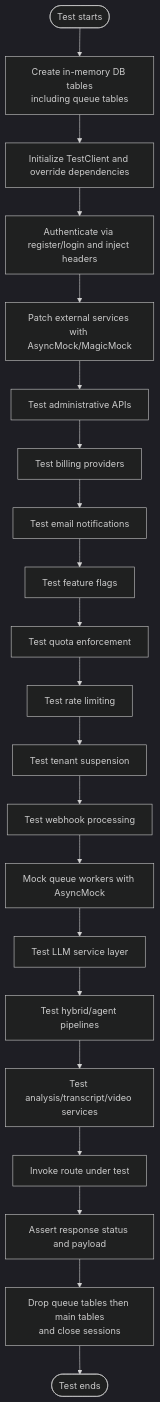
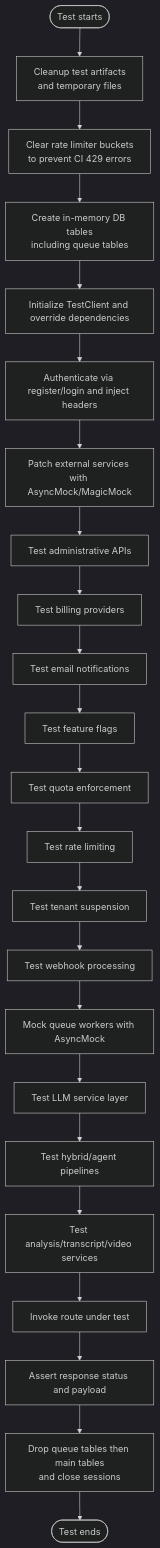
The third of 15 diagrams in .qoder/repowiki/en/content/Testing Strategy.md (Revanththetalogics/aireume), drawn with Mermaid (dark theme) before and after one commit. The commit also changed other lines of this file and 2 other files, not shown here.

````diff
--- a/.qoder/repowiki/en/content/Testing Strategy.md
+++ b/.qoder/repowiki/en/content/Testing Strategy.md
@@ -240,23 +216,25 @@
 ```mermaid
 flowchart TD
-Start(["Test starts"]) --> DB["Create in-memory DB tables<br/>including queue tables"]
+Start(["Test starts"]) --> Cleanup["Cleanup test artifacts<br/>and temporary files"]
+Cleanup --> RLClear["Clear rate limiter buckets<br/>to prevent CI 429 errors"]
+RLClear --> DB["Create in-memory DB tables<br/>including queue tables"]
 DB --> Client["Initialize TestClient and override dependencies"]
 Client --> Auth["Authenticate via register/login and inject headers"]
 Auth --> Mocks["Patch external services with AsyncMock/MagicMock"]
 Mocks --> Admin["Test administrative APIs"]
 Admin --> Billing["Test billing providers"]
 Billing --> Email["Test email notifications"]
 Email --> Flags["Test feature flags"]
 Flags --> Quota["Test quota enforcement"]
 Quota --> Rate["Test rate limiting"]
 Rate --> Suspension["Test tenant suspension"]
 Suspension --> Webhooks["Test webhook processing"]
 Webhooks --> Queue["Mock queue workers with AsyncMock"]
 Queue --> LLM["Test LLM service layer"]
 LLM --> Pipelines["Test hybrid/agent pipelines"]
 Pipelines --> Services["Test analysis/transcript/video services"]
 Services --> RouteCall["Invoke route under test"]
 RouteCall --> Asserts["Assert response status and payload"]
-Asserts --> Cleanup["Drop queue tables then main tables<br/>and close sessions"]
-Cleanup --> End(["Test ends"])
+Asserts --> Cleanup2["Drop queue tables then main tables<br/>and close sessions"]
+Cleanup2 --> End(["Test ends"])
 ```
````
